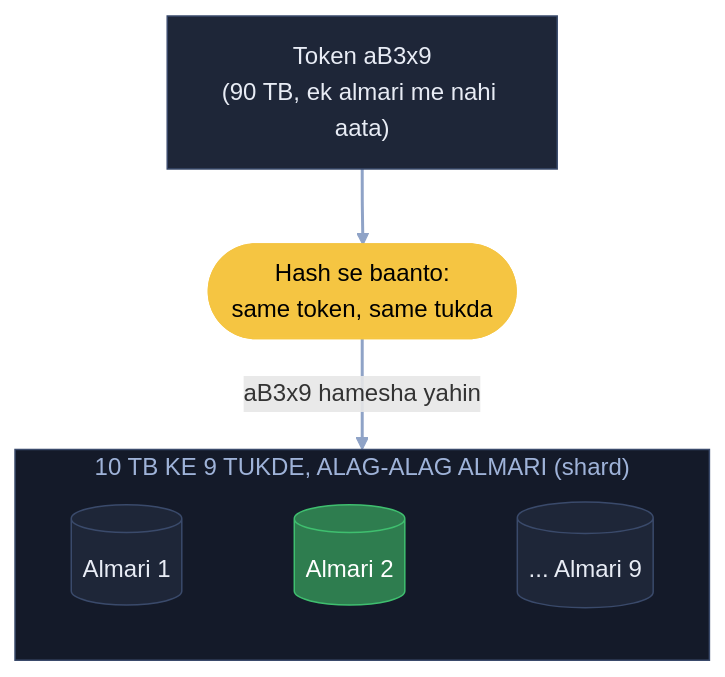
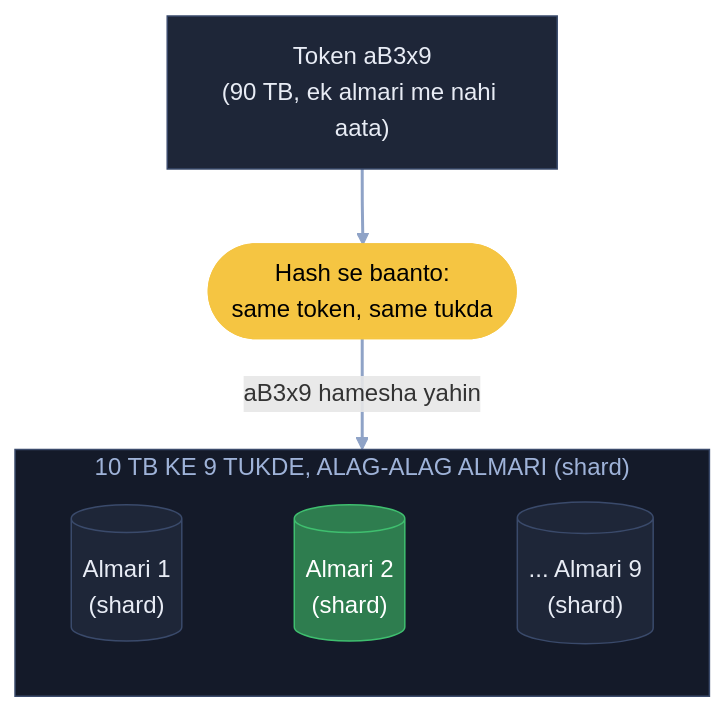
One commit to ArpanMaheshwari144/Prep changed the eighth of 14 diagrams in 04_HLD/SYSTEM_DESIGNS/01_url_shortener/01_url_shortener.md. Above: the diagram before and after it, drawn with Mermaid. The commit also changed other lines of this file and 22 other files, not shown here.

Commit message:
Diagram: sirf kahani ke dohraaye shabd pe bracket, us jagah notes wala matlab (207 label)

````diff
--- a/04_HLD/SYSTEM_DESIGNS/01_url_shortener/01_url_shortener.md
+++ b/04_HLD/SYSTEM_DESIGNS/01_url_shortener/01_url_shortener.md
@@ -297,21 +297,21 @@
 ```mermaid
 flowchart TB
     T["Token aB3x9<br/>(90 TB, ek almari me nahi aata)"]:::card
     H(["Hash se baanto:<br/>same token, same tukda"]):::pill
     subgraph SH["10 TB KE 9 TUKDE, ALAG-ALAG ALMARI (shard)"]
         direction LR
-        A1[("Almari 1")]:::card
-        A2[("Almari 2")]:::good
-        A9[("... Almari 9")]:::card
+        A1[("Almari 1<br/>(shard)")]:::card
+        A2[("Almari 2<br/>(shard)")]:::good
+        A9[("... Almari 9<br/>(shard)")]:::card
         A1 ~~~ A2 ~~~ A9
     end
     T --> H
     H -- "aB3x9 hamesha yahin" --> A2
     linkStyle default stroke:#8fa3c7,stroke-width:2px
     linkStyle 0,1 stroke-width:0px
     classDef card fill:#1e2638,stroke:#3a4a6b,color:#e8ecf5
     classDef pill fill:#f5c542,stroke:#f5c542,color:#000
     classDef good fill:#2e7d4f,stroke:#3fbf6f,color:#fff
     classDef bad fill:#5c1f24,stroke:#e05561,color:#fff
     style SH fill:#141a29,stroke:#3a4a6b,color:#9fb3d9
 ```
````
